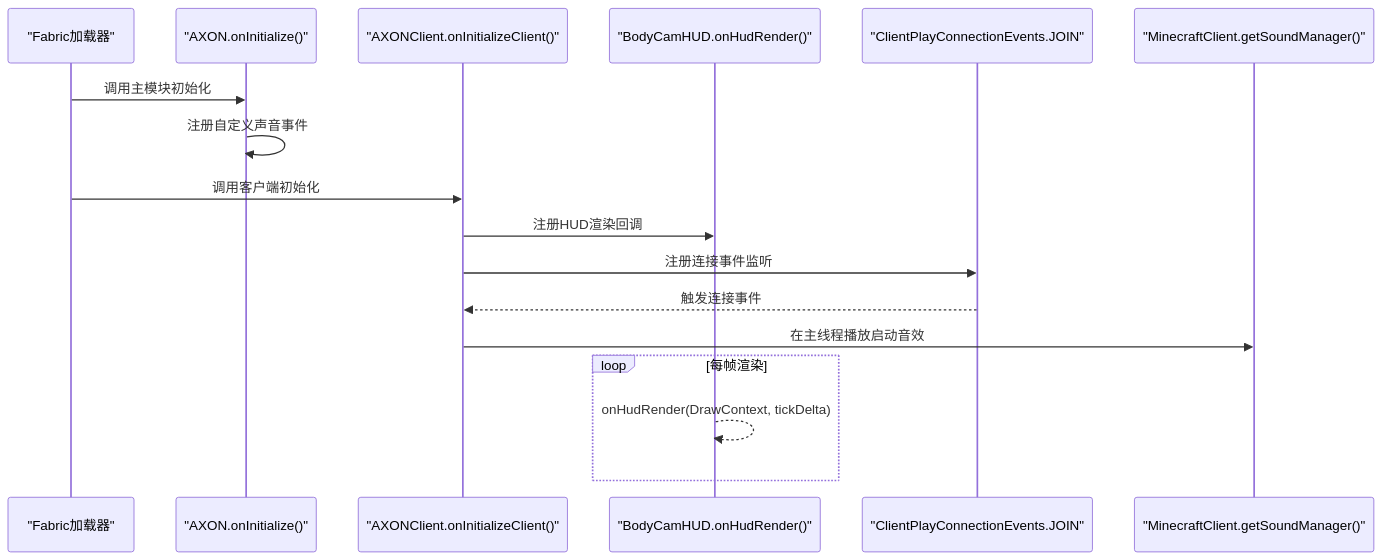
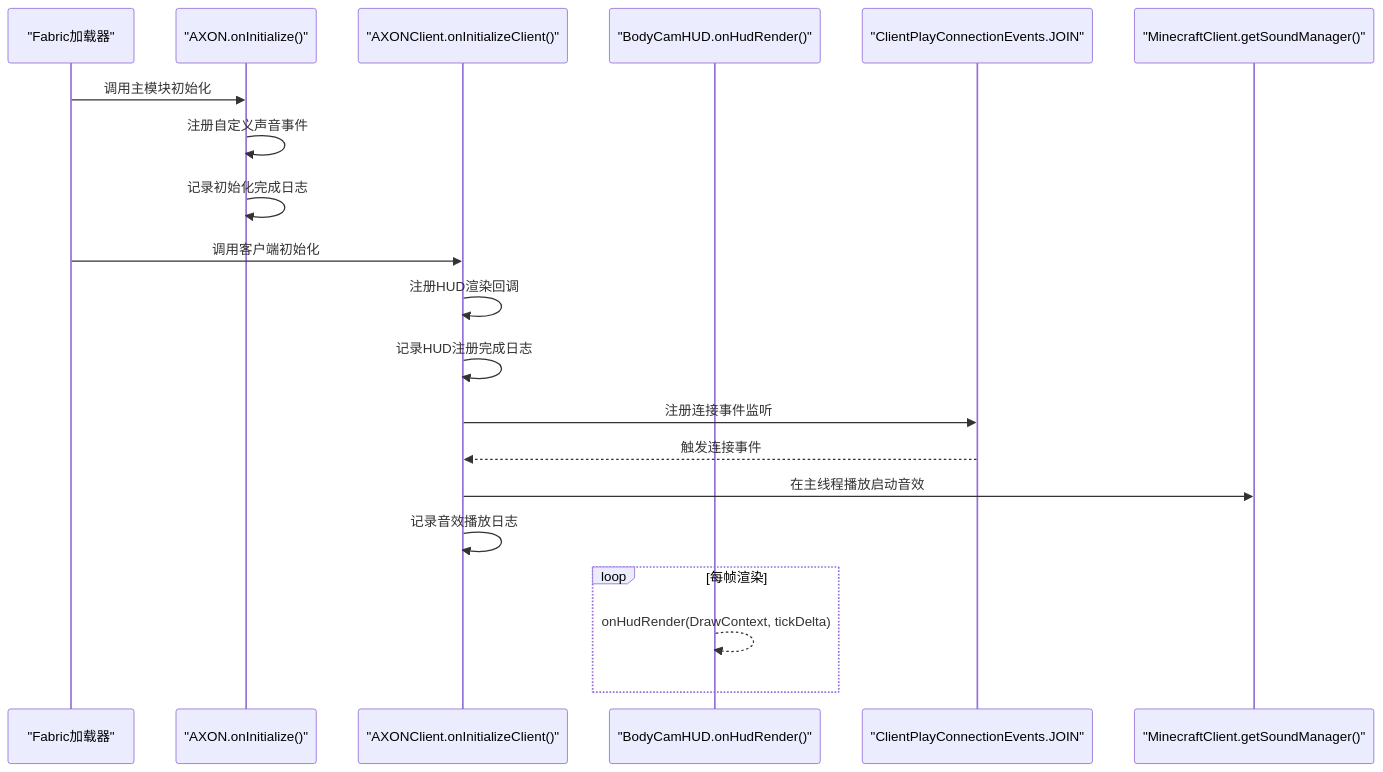
The second of 5 diagrams in .qoder/repowiki/zh/content/模组生命周期管理/客户端模组初始化.md (Manager20211/AxonBodyCam2), drawn with Mermaid before and after one commit. The commit also changed other lines of this file and 11 other files, not shown here.

````diff
--- a/.qoder/repowiki/zh/content/模组生命周期管理/客户端模组初始化.md
+++ b/.qoder/repowiki/zh/content/模组生命周期管理/客户端模组初始化.md
@@ -91,19 +105,22 @@
 ```mermaid
 sequenceDiagram
 participant Loader as "Fabric加载器"
 participant ModMain as "AXON.onInitialize()"
 participant ModClient as "AXONClient.onInitializeClient()"
 participant HUD as "BodyCamHUD.onHudRender()"
 participant Net as "ClientPlayConnectionEvents.JOIN"
 participant SoundMgr as "MinecraftClient.getSoundManager()"
 Loader->>ModMain : 调用主模块初始化
 ModMain->>ModMain : 注册自定义声音事件
+ModMain->>ModMain : 记录初始化完成日志
 Loader->>ModClient : 调用客户端初始化
-ModClient->>HUD : 注册HUD渲染回调
+ModClient->>ModClient : 注册HUD渲染回调
+ModClient->>ModClient : 记录HUD注册完成日志
 ModClient->>Net : 注册连接事件监听
 Net-->>ModClient : 触发连接事件
 ModClient->>SoundMgr : 在主线程播放启动音效
+ModClient->>ModClient : 记录音效播放日志
 loop 每帧渲染
 HUD-->>HUD : onHudRender(DrawContext, tickDelta)
 end
 ```
````
